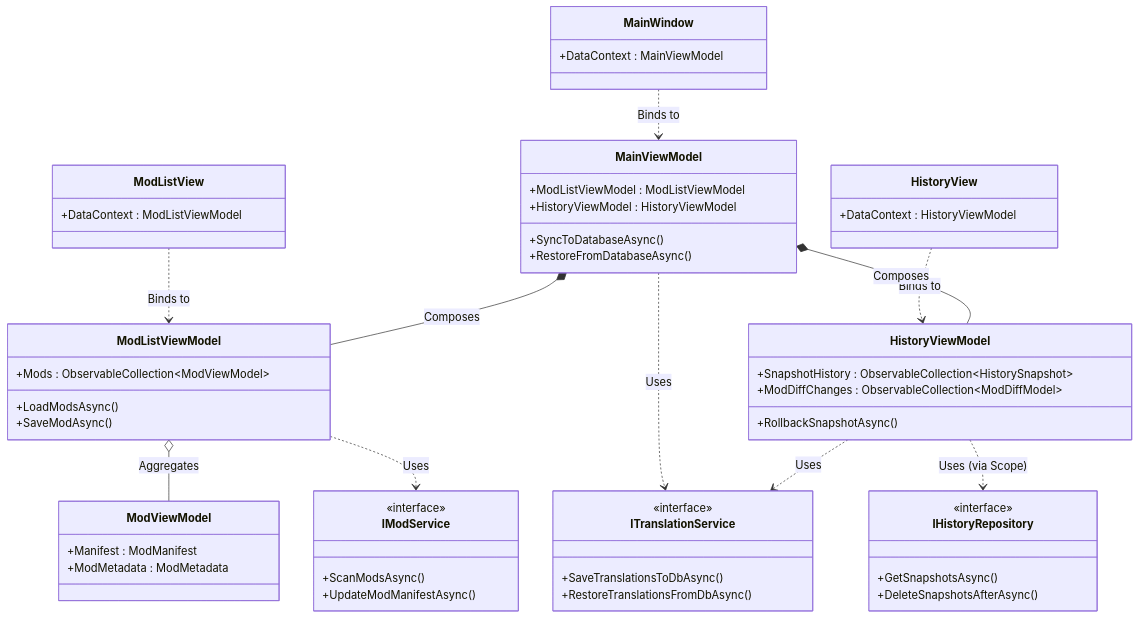
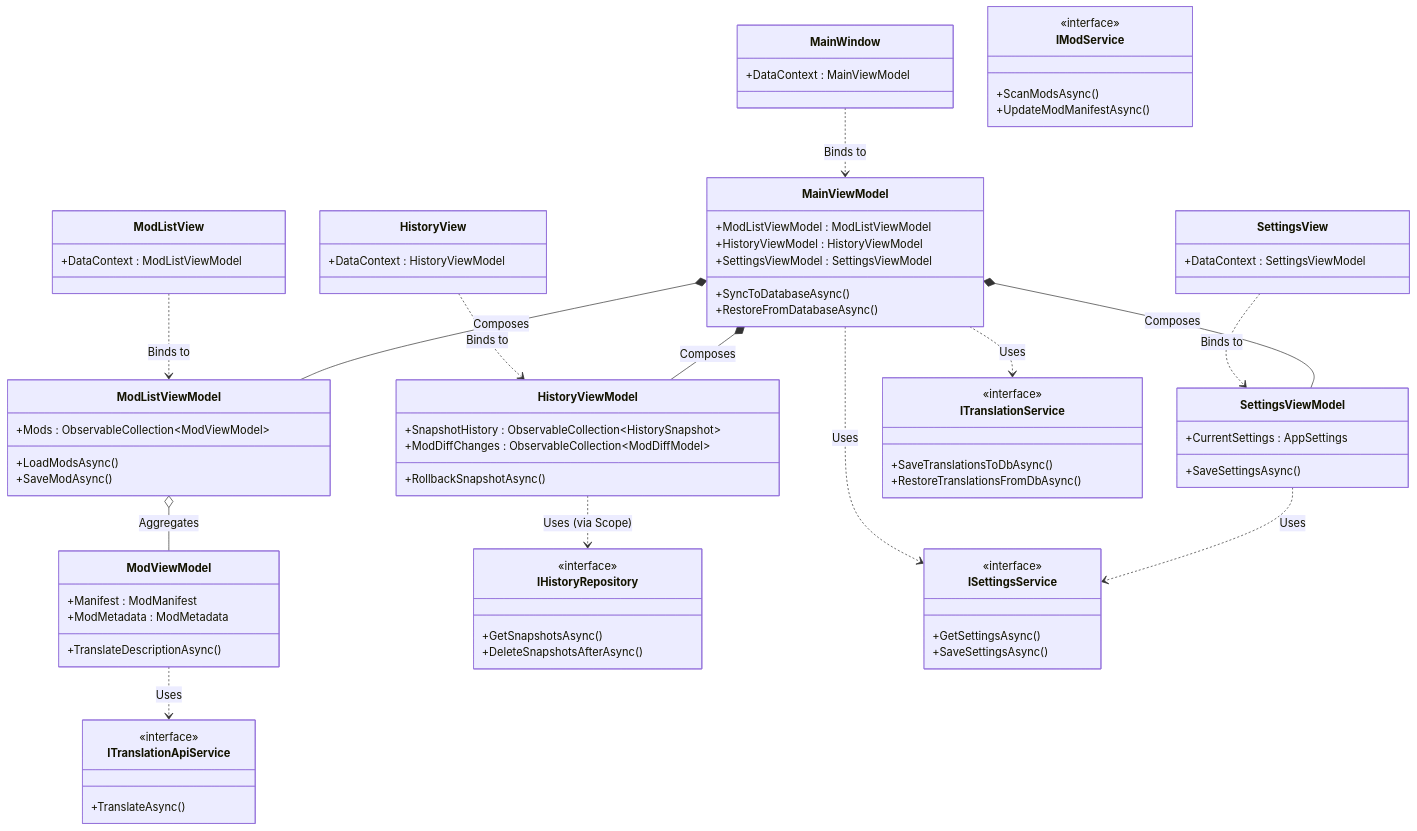
One commit to Sisyphean-a/SMTMS changed the second of 5 diagrams in docs/ARCHITECTURE.md. Above: the diagram before and after it, drawn with Mermaid. The commit also changed other lines of this file, not shown here.

Commit message:
docs(architecture): 更新架构文档，添加配置与翻译服务

````diff
--- a/docs/ARCHITECTURE.md
+++ b/docs/ARCHITECTURE.md
@@ -46,11 +55,15 @@
     class HistoryView {
         +DataContext : HistoryViewModel
     }
+    class SettingsView {
+        +DataContext : SettingsViewModel
+    }
 
     %% ViewModels
     class MainViewModel {
         +ModListViewModel : ModListViewModel
         +HistoryViewModel : HistoryViewModel
+        +SettingsViewModel : SettingsViewModel
         +SyncToDatabaseAsync()
         +RestoreFromDatabaseAsync()
     }
@@ -64,9 +77,14 @@
         +ModDiffChanges : ObservableCollection~ModDiffModel~
         +RollbackSnapshotAsync()
     }
+    class SettingsViewModel {
+        +CurrentSettings : AppSettings
+        +SaveSettingsAsync()
+    }
     class ModViewModel {
         +Manifest : ModManifest
         +ModMetadata : ModMetadata
+        +TranslateDescriptionAsync()
     }
 
     %% Interfaces/Services
@@ -85,18 +103,30 @@
         +GetSnapshotsAsync()
         +DeleteSnapshotsAfterAsync()
     }
+    class ISettingsService {
+        <<interface>>
+        +GetSettingsAsync()
+        +SaveSettingsAsync()
+    }
+    class ITranslationApiService {
+        <<interface>>
+        +TranslateAsync()
+    }
 
     %% Relationships
     MainWindow ..> MainViewModel : Binds to
     ModListView ..> ModListViewModel : Binds to
     HistoryView ..> HistoryViewModel : Binds to
+    SettingsView ..> SettingsViewModel : Binds to
 
     MainViewModel *-- ModListViewModel : Composes
     MainViewModel *-- HistoryViewModel : Composes
+    MainViewModel *-- SettingsViewModel : Composes
     ModListViewModel o-- ModViewModel : Aggregates
 
     MainViewModel ..> ITranslationService : Uses
-    ModListViewModel ..> IModService : Uses
-    HistoryViewModel ..> ITranslationService : Uses
+    MainViewModel ..> ISettingsService : Uses
+    SettingsViewModel ..> ISettingsService : Uses
+    ModViewModel ..> ITranslationApiService : Uses
     HistoryViewModel ..> IHistoryRepository : Uses (via Scope)
 ```
````
